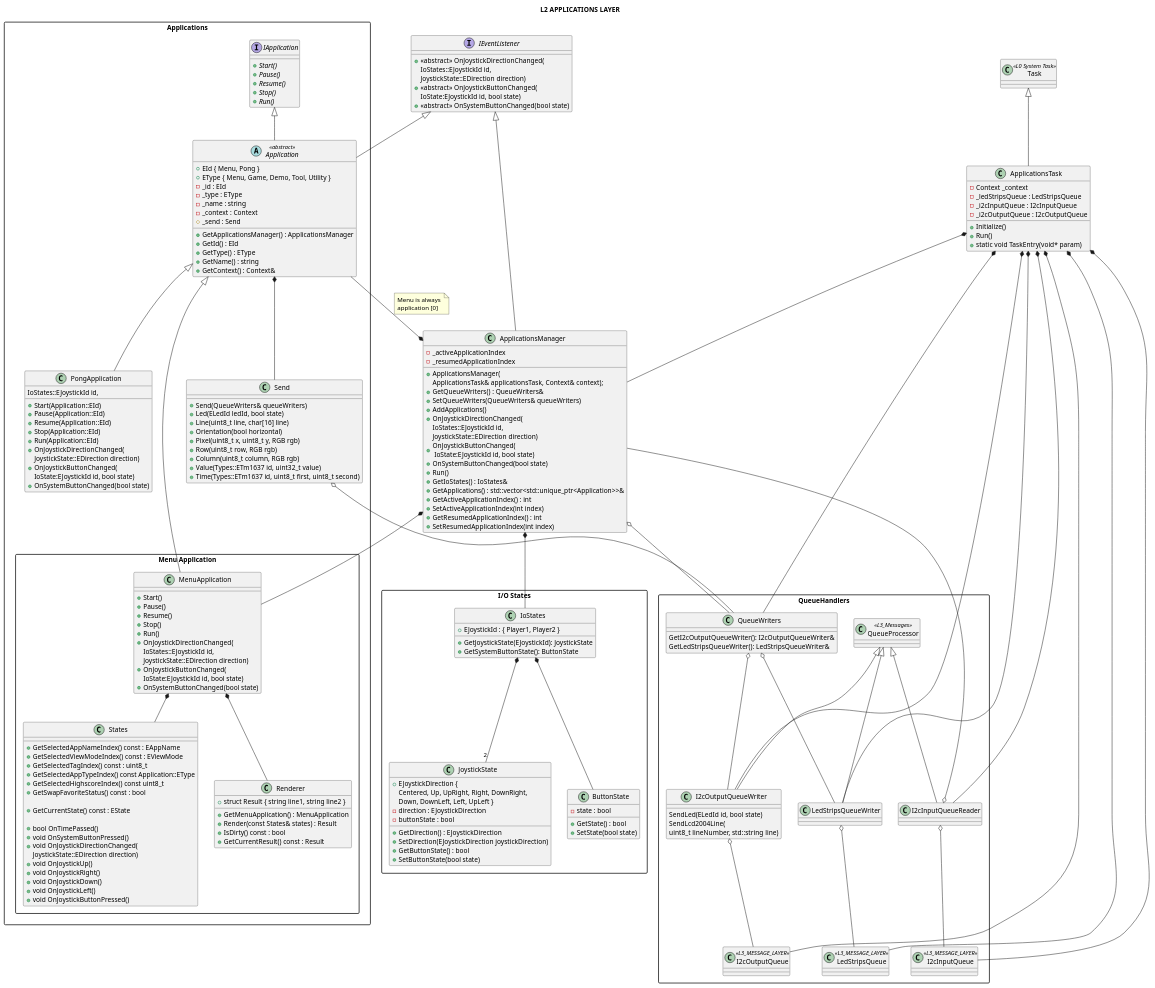
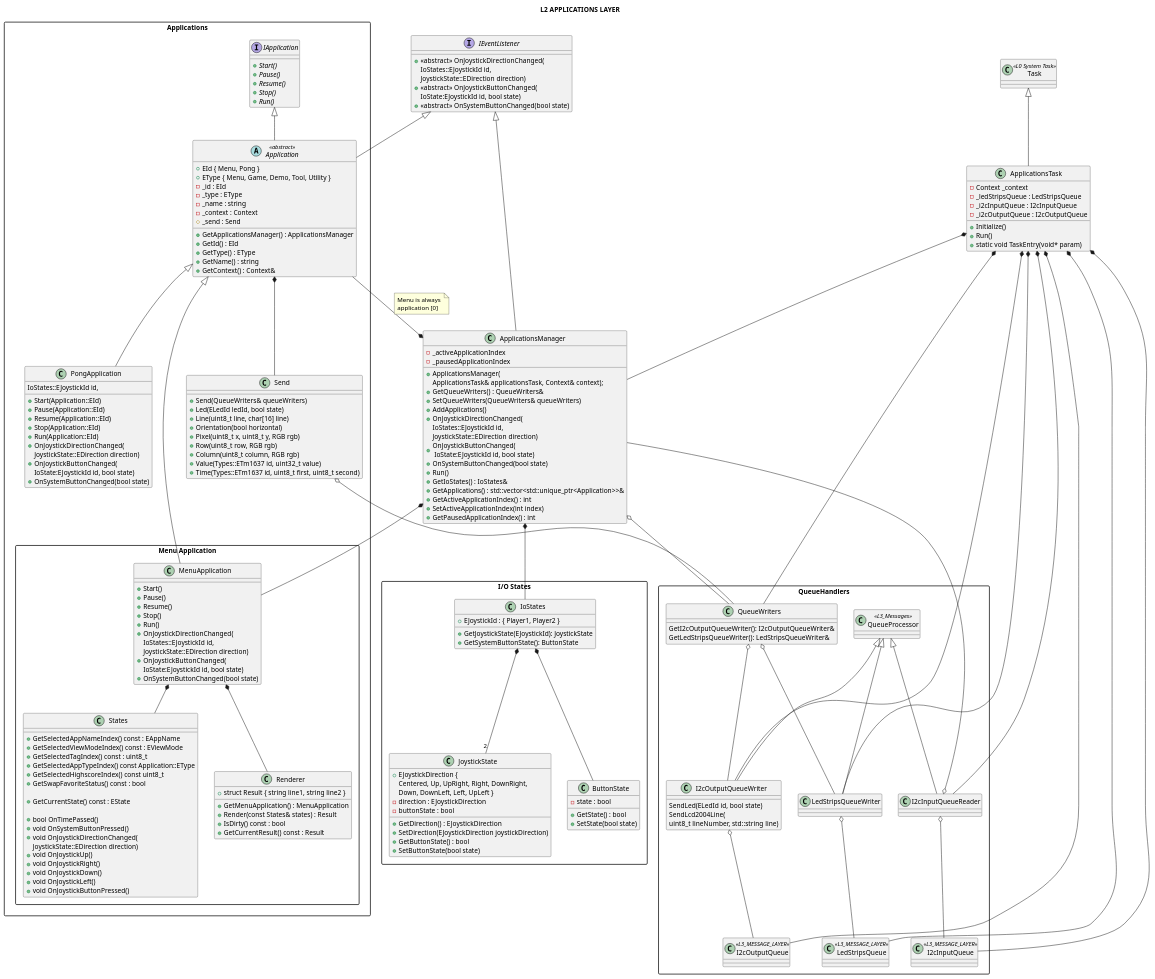
Before and after one commit to michelkeijzers/fraxis: the diagram in Docs/Software Design/Layers/L2_applications_layer.puml, drawn with PlantUML. The commit also changed 17 other files, not shown here.

```diff
--- a/Docs/Software Design/Layers/L2_applications_layer.puml
+++ b/Docs/Software Design/Layers/L2_applications_layer.puml
@@ -47,10 +47,9 @@
     + GetApplications() : std::vector<std::unique_ptr<Application>>&
     + GetActiveApplicationIndex() : int
     + SetActiveApplicationIndex(int index)
-    + GetResumedApplicationIndex() : int
-    + SetResumedApplicationIndex(int index)
+    + GetPausedApplicationIndex() : int
     - _activeApplicationIndex
-    - _resumedApplicationIndex
+    - _pausedApplicationIndex
 }
 
 ApplicationsManager -u-|> IEventListener
```
